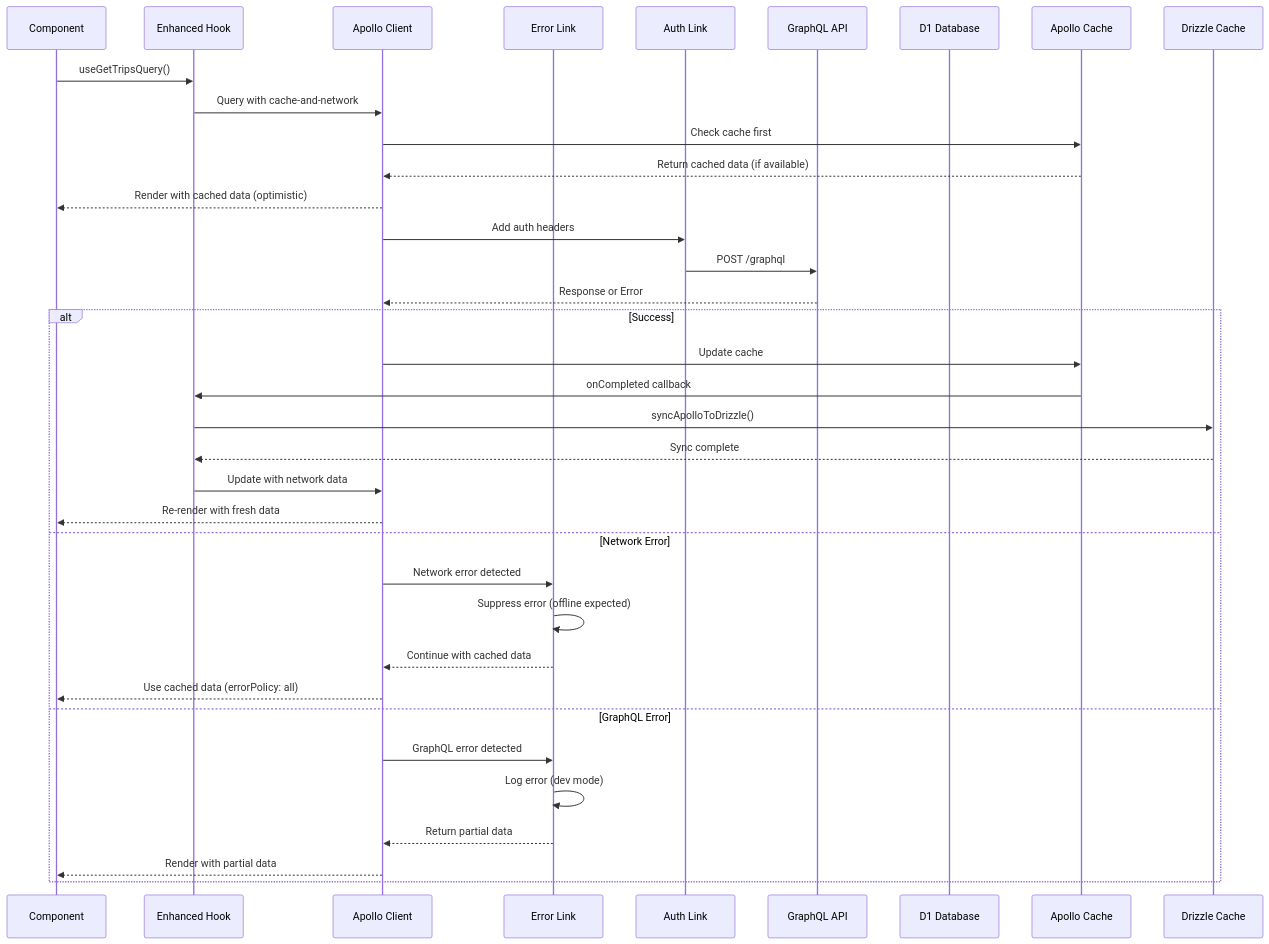
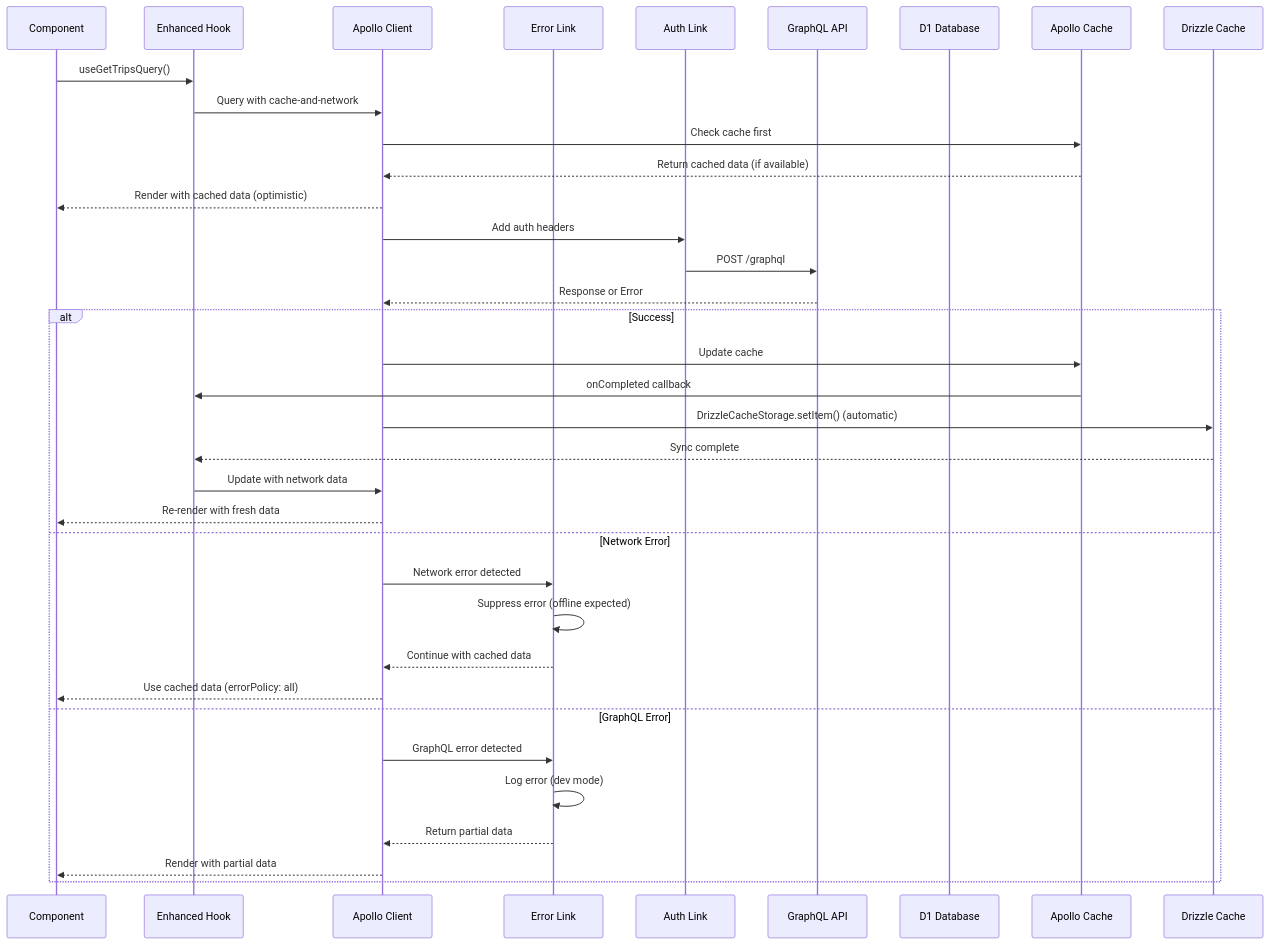
Before and after one commit to mehotkhan/safarnak.app: the tenth of 11 diagrams in README.md, drawn with Mermaid. The commit also changed other lines of this file and 5 other files, not shown here.

````diff
--- a/README.md
+++ b/README.md
@@ -480,39 +456,39 @@
 ```mermaid
 sequenceDiagram
   participant C as Component
   participant EH as Enhanced Hook
   participant AC as Apollo Client
   participant EL as Error Link
   participant AL as Auth Link
   participant API as GraphQL API
   participant DB as D1 Database
   participant Cache as Apollo Cache
   participant Drizzle as Drizzle Cache
 
   C->>EH: useGetTripsQuery()
   EH->>AC: Query with cache-and-network
   AC->>Cache: Check cache first
   Cache-->>AC: Return cached data (if available)
   AC-->>C: Render with cached data (optimistic)
   AC->>AL: Add auth headers
   AL->>API: POST /graphql
   API-->>AC: Response or Error
   alt Success
     AC->>Cache: Update cache
     Cache->>EH: onCompleted callback
-    EH->>Drizzle: syncApolloToDrizzle()
+    AC->>Drizzle: DrizzleCacheStorage.setItem() (automatic)
     Drizzle-->>EH: Sync complete
     EH->>AC: Update with network data
     AC-->>C: Re-render with fresh data
   else Network Error
     AC->>EL: Network error detected
     EL->>EL: Suppress error (offline expected)
     EL-->>AC: Continue with cached data
     AC-->>C: Use cached data (errorPolicy: all)
   else GraphQL Error
     AC->>EL: GraphQL error detected
     EL->>EL: Log error (dev mode)
     EL-->>AC: Return partial data
     AC-->>C: Render with partial data
   end
 ```
````
